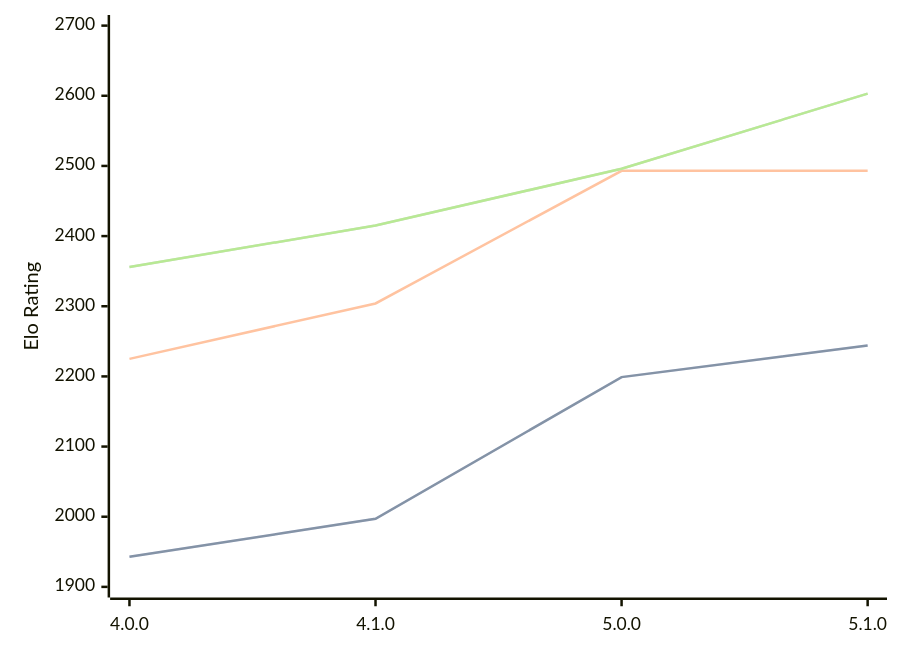
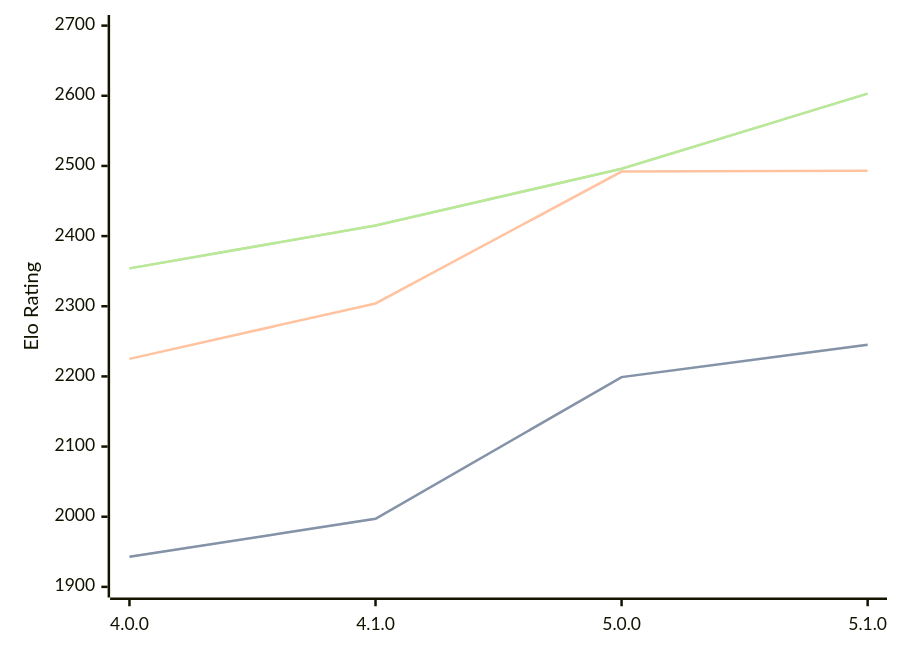
Before and after one commit to computer-chess-index/cci: the diagram in engines/Aconcagua.md, drawn with Mermaid. The commit also changed other lines of this file, not shown here.

Commit message:
Update CCI Ratings (ELO VLTC) - 2026-03-15

````diff
--- a/engines/Aconcagua.md
+++ b/engines/Aconcagua.md
@@ -41,11 +41,11 @@
 ```mermaid
 %%{init: {"theme":"base","themeVariables":{"seriesColors:['#a3a3a3','#222221','#faa371']}}}%%
 xychart-beta
   x-axis ["4.0.0", "4.1.0", "5.0.0", "5.1.0"]
   y-axis "Elo Rating" 1900 --> 2700
-  line "STC (8.0+0.08s)" [1943, 1997, 2199, 2244]
-  line "STC (8.0+0.08s)" [1943, 1997, 2199, 2244]
-  line "LTC (60.0+0.60s)" [2225, 2304, 2493, 2493]
-  line "VLTC (2m24s+1.12s)" [2356, 2415, 2496, 2603]
-  line "VLTC (2m24s+1.12s)" [2356, 2415, 2496, 2603]
+  line "STC (8.0+0.08s)" [1943, 1997, 2199, 2245]
+  line "STC (8.0+0.08s)" [1943, 1997, 2199, 2245]
+  line "LTC (60.0+0.60s)" [2225, 2304, 2492, 2493]
+  line "VLTC (2m24s+1.12s)" [2354, 2415, 2496, 2603]
+  line "VLTC (2m24s+1.12s)" [2354, 2415, 2496, 2603]
 ```
````
